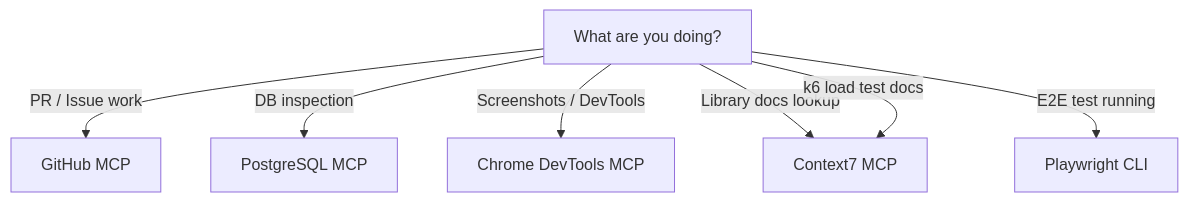
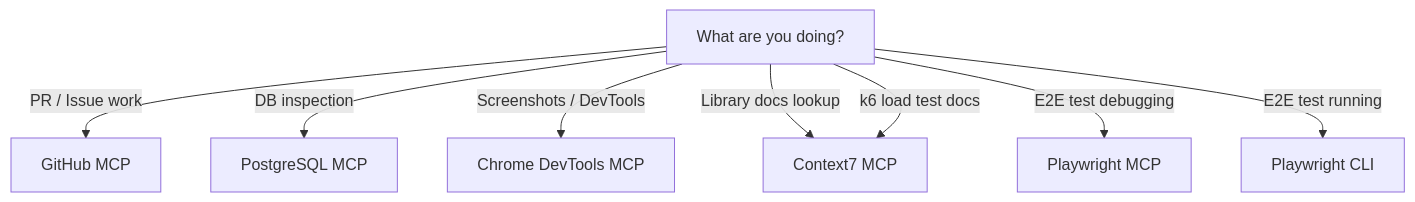
One commit to actionjacksonthegoat-debug/SeventySix changed the diagram in docs/MCP-Server-Setup.md. Above: the diagram before and after it, drawn with Mermaid. The commit also changed other lines of this file and 148 other files, not shown here.

````diff
--- a/docs/MCP-Server-Setup.md
+++ b/docs/MCP-Server-Setup.md
@@ -27,10 +28,11 @@
 ```mermaid
 graph TD
     Start["What are you doing?"]
     Start -->|PR / Issue work| GH["GitHub MCP"]
     Start -->|DB inspection| PG["PostgreSQL MCP"]
     Start -->|Screenshots / DevTools| CD["Chrome DevTools MCP"]
     Start -->|Library docs lookup| C7["Context7 MCP"]
     Start -->|k6 load test docs| C7
+    Start -->|E2E test debugging| PW["Playwright MCP"]
     Start -->|E2E test running| CLI["Playwright CLI"]
 ```
````
